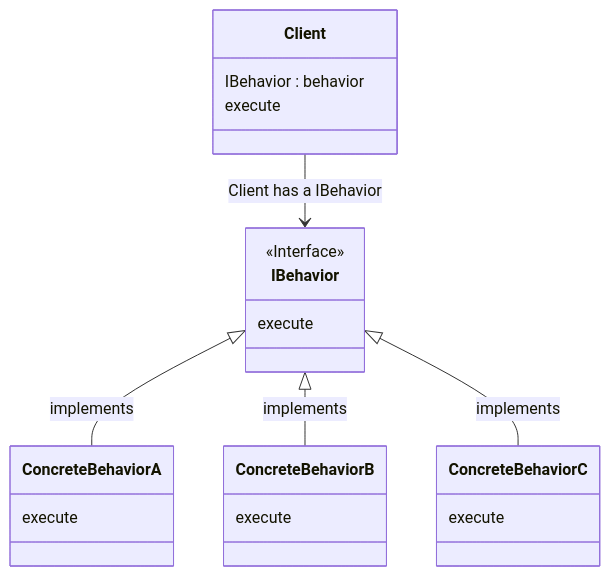
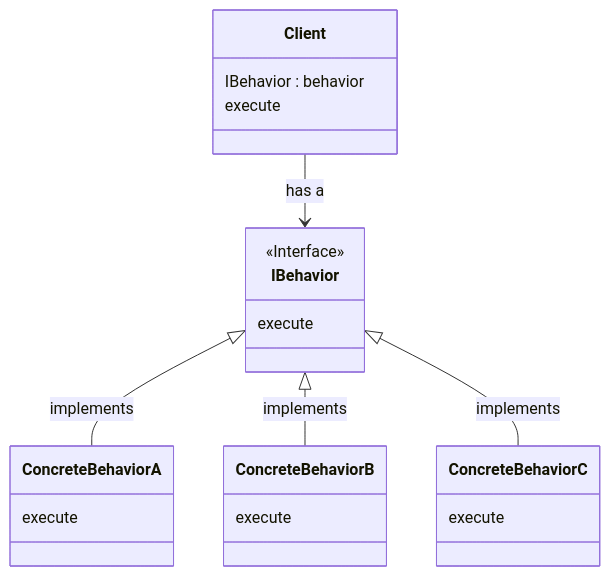
The first of 2 diagrams in DesignPattern/BehavioralDesignPatterns/02.StartegyPattern.md (heisnam-sunrose/Javascript), drawn with Mermaid before and after one commit.

````diff
--- a/DesignPattern/BehavioralDesignPatterns/02.StartegyPattern.md
+++ b/DesignPattern/BehavioralDesignPatterns/02.StartegyPattern.md
@@ -21,30 +21,30 @@
 ```mermaid 
 classDiagram
-    Client --> IBehavior : Client has a IBehavior
+    Client --> IBehavior : has a
     IBehavior <|-- ConcreteBehaviorA : implements
     IBehavior <|-- ConcreteBehaviorB : implements
     IBehavior <|-- ConcreteBehaviorC : implements
     
    class Client  {
     IBehavior : behavior
     execute
   
    } 
 
    class IBehavior
       <<Interface>> IBehavior
       IBehavior : execute
 
 
    class ConcreteBehaviorA{
     execute
    }
 
    class ConcreteBehaviorB {
      execute
    } 
 
    class ConcreteBehaviorC {
      execute
    }   
   ```
````
